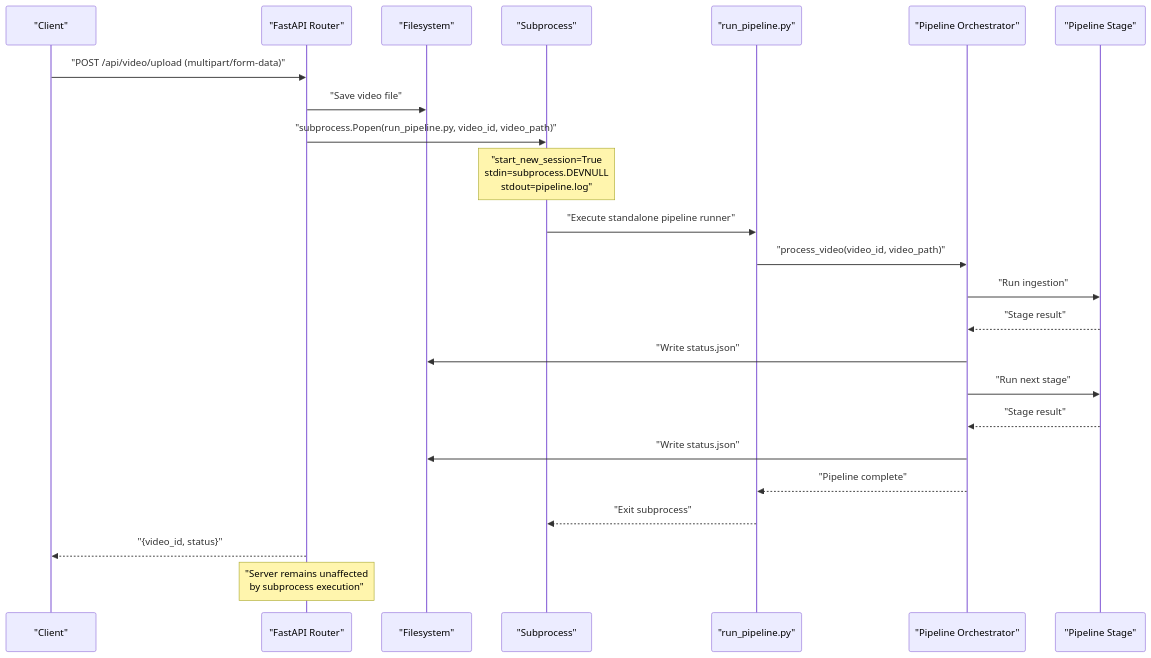
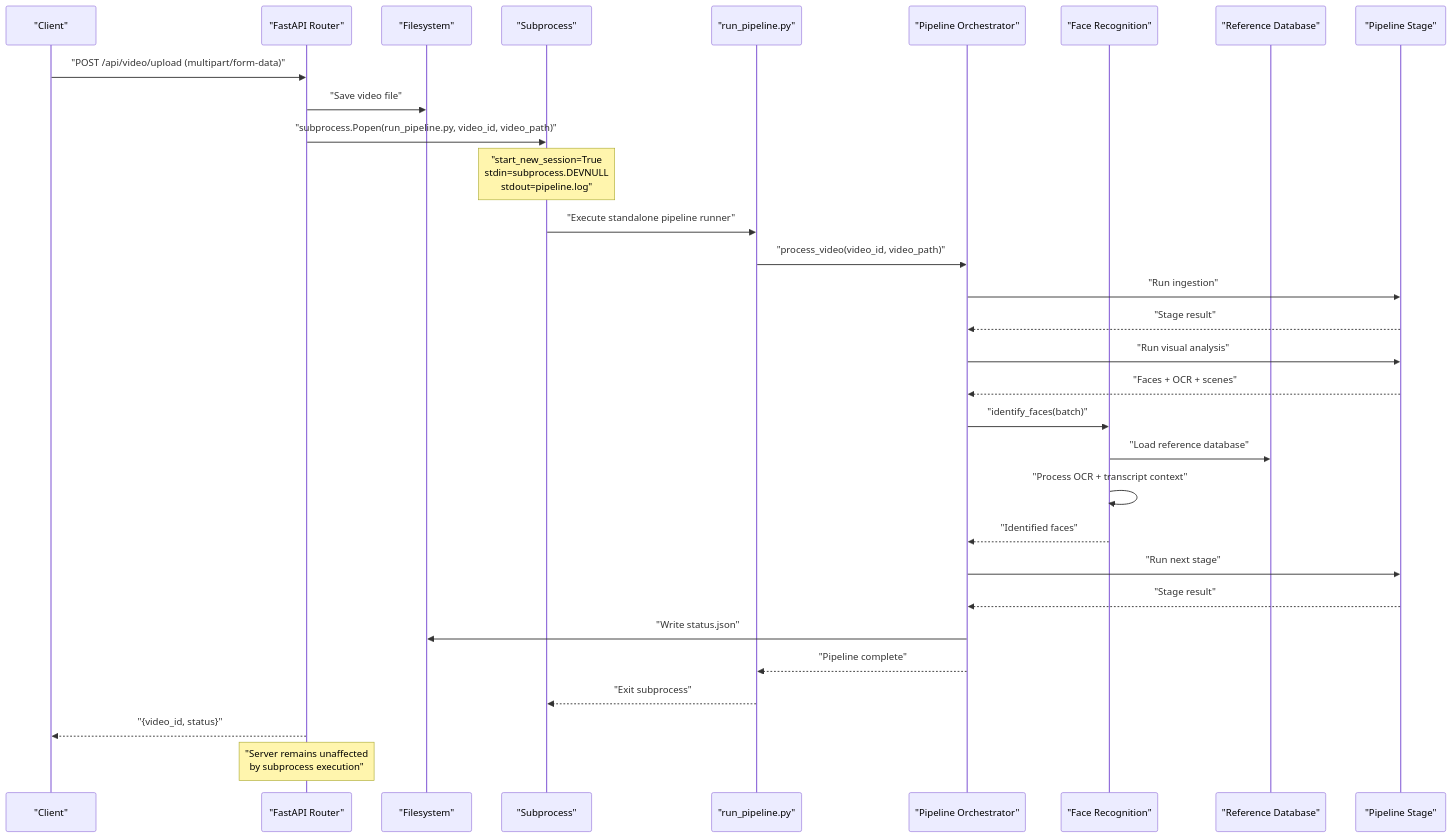
Before and after one commit to alexandreybasta-cyber/dubai-media-ai: the second of 3 diagrams in .qoder/repowiki/en/content/Backend API Reference/Video Processing Endpoints.md, drawn with Mermaid. The commit also changed other lines of this file and 49 other files, not shown here.

````diff
--- a/.qoder/repowiki/en/content/Backend API Reference/Video Processing Endpoints.md
+++ b/.qoder/repowiki/en/content/Backend API Reference/Video Processing Endpoints.md
@@ -147,26 +164,33 @@
 ```mermaid
 sequenceDiagram
 participant Client as "Client"
 participant API as "FastAPI Router"
 participant FS as "Filesystem"
 participant Subproc as "Subprocess"
 participant Runner as "run_pipeline.py"
 participant Orchestrator as "Pipeline Orchestrator"
+participant FaceRec as "Face Recognition"
+participant RefDB as "Reference Database"
 participant Stage as "Pipeline Stage"
 Client->>API : "POST /api/video/upload (multipart/form-data)"
 API->>FS : "Save video file"
 API->>Subproc : "subprocess.Popen(run_pipeline.py, video_id, video_path)"
 Note over Subproc : "start_new_session=True<br/>stdin=subprocess.DEVNULL<br/>stdout=pipeline.log"
 Subproc->>Runner : "Execute standalone pipeline runner"
 Runner->>Orchestrator : "process_video(video_id, video_path)"
 Orchestrator->>Stage : "Run ingestion"
 Stage-->>Orchestrator : "Stage result"
-Orchestrator->>FS : "Write status.json"
+Orchestrator->>Stage : "Run visual analysis"
+Stage-->>Orchestrator : "Faces + OCR + scenes"
+Orchestrator->>FaceRec : "identify_faces(batch)"
+FaceRec->>RefDB : "Load reference database"
+FaceRec->>FaceRec : "Process OCR + transcript context"
+FaceRec-->>Orchestrator : "Identified faces"
 Orchestrator->>Stage : "Run next stage"
 Stage-->>Orchestrator : "Stage result"
 Orchestrator->>FS : "Write status.json"
 Orchestrator-->>Runner : "Pipeline complete"
 Runner-->>Subproc : "Exit subprocess"
 API-->>Client : "{video_id, status}"
 Note over API : "Server remains unaffected<br/>by subprocess execution"
 ```
````
